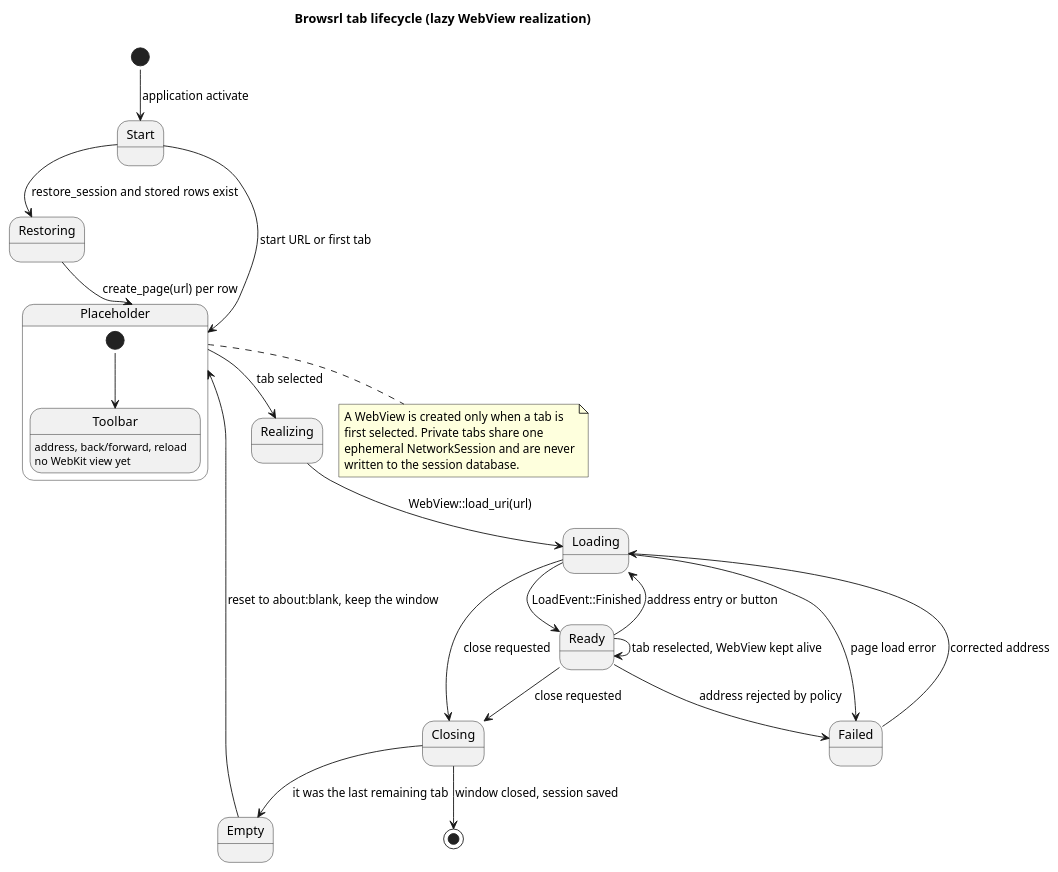
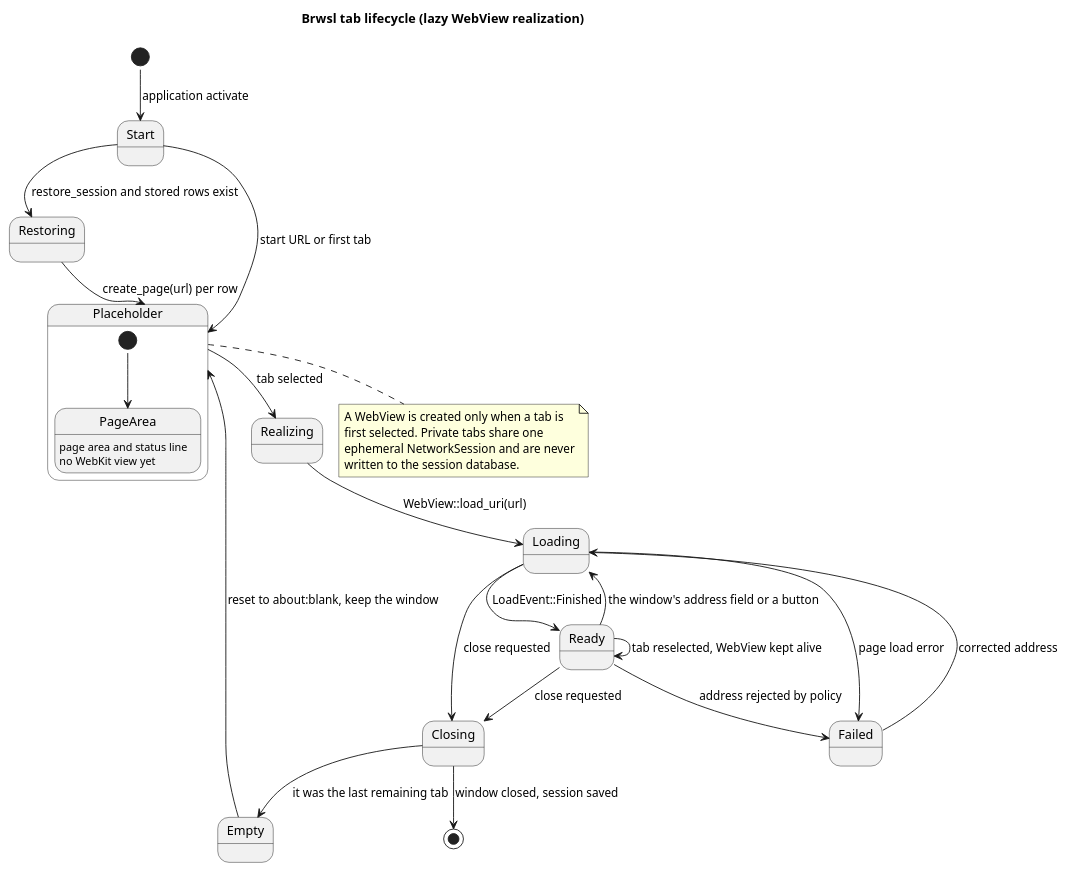
One commit to mariobgsp/browsrl changed the diagram in diagrams/tab-lifecycle.puml. Above: the diagram before and after it, drawn with PlantUML. The commit also changed 37 other files, not shown here.

```diff
--- a/diagrams/tab-lifecycle.puml
+++ b/diagrams/tab-lifecycle.puml
@@ -1,35 +1,35 @@
 @startuml
 !pragma layout smetana
-title Browsrl tab lifecycle (lazy WebView realization)
+title Brwsl tab lifecycle (lazy WebView realization)
 
 [*] --> Start : application activate
 Start --> Restoring : restore_session and stored rows exist
 Start --> Placeholder : start URL or first tab
 Restoring --> Placeholder : create_page(url) per row
 
 state Placeholder {
-  [*] --> Toolbar
-  Toolbar : address, back/forward, reload\nno WebKit view yet
+  [*] --> PageArea
+  PageArea : page area and status line\nno WebKit view yet
 }
 
 Placeholder --> Realizing : tab selected
 Realizing --> Loading : WebView::load_uri(url)
 Loading --> Ready : LoadEvent::Finished
 Loading --> Failed : page load error
 Ready --> Failed : address rejected by policy
 Failed --> Loading : corrected address
 Ready --> Ready : tab reselected, WebView kept alive
-Ready --> Loading : address entry or button
+Ready --> Loading : the window's address field or a button
 Ready --> Closing : close requested
 Loading --> Closing : close requested
 Closing --> Empty : it was the last remaining tab
 Empty --> Placeholder : reset to about:blank, keep the window
 Closing --> [*] : window closed, session saved
 
 note bottom of Placeholder
   A WebView is created only when a tab is
   first selected. Private tabs share one
   ephemeral NetworkSession and are never
   written to the session database.
 end note
 @enduml
```
